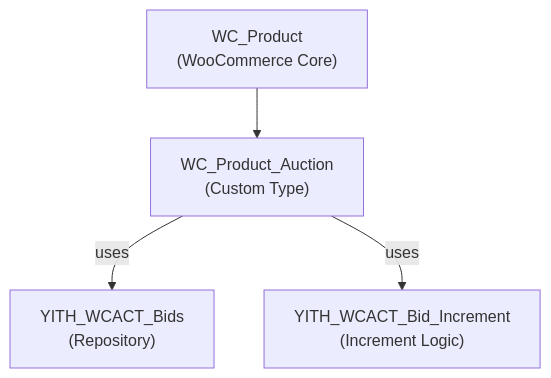
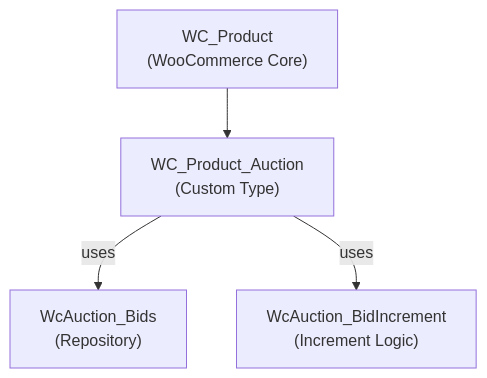
One commit to ksfraser/woocommerce-auction changed the diagram in docs/components/WC_Product_Auction-model-documentation.md. Above: the diagram before and after it, drawn with Mermaid. The commit also changed other lines of this file and 29 other files, not shown here.

````diff
--- a/docs/components/WC_Product_Auction-model-documentation.md
+++ b/docs/components/WC_Product_Auction-model-documentation.md
@@ -50,9 +50,9 @@
 ```mermaid
 graph TD
     WC_Product["WC_Product<br/>(WooCommerce Core)"]
     WC_Product_Auction["WC_Product_Auction<br/>(Custom Type)"]
     WC_Product --> WC_Product_Auction
     
-    WC_Product_Auction -->|uses| YITH_WCACT_Bids["YITH_WCACT_Bids<br/>(Repository)"]
-    WC_Product_Auction -->|uses| YITH_WCACT_Bid_Increment["YITH_WCACT_Bid_Increment<br/>(Increment Logic)"]
+    WC_Product_Auction -->|uses| WcAuction_Bids["WcAuction_Bids<br/>(Repository)"]
+    WC_Product_Auction -->|uses| WcAuction_BidIncrement["WcAuction_BidIncrement<br/>(Increment Logic)"]
 ```
````
